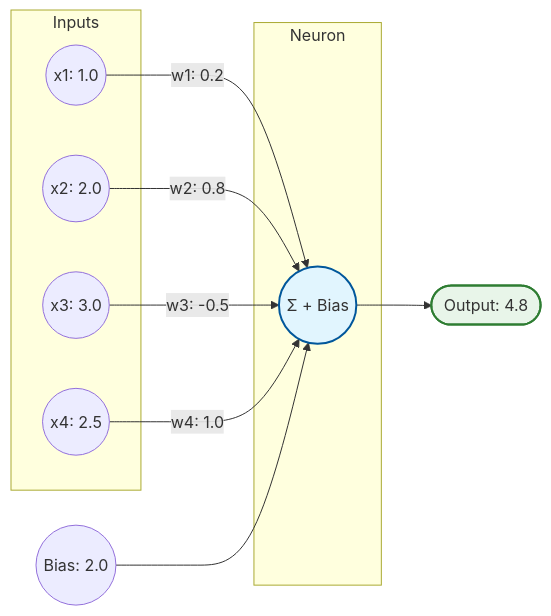
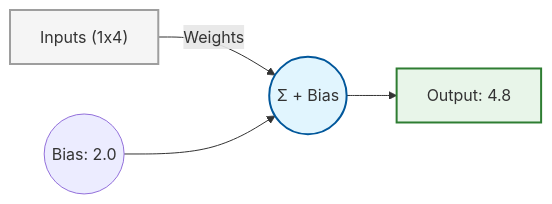
Before and after one commit to holycompile/Neural_Networks_from-_Scratch: the first of 8 diagrams in README.md, drawn with Mermaid. The commit also changed other lines of this file, not shown here.

````diff
--- a/README.md
+++ b/README.md
@@ -39,23 +39,10 @@
 ```mermaid
 graph LR
-    subgraph Inputs
-        X1((x1: 1.0))
-        X2((x2: 2.0))
-        X3((x3: 3.0))
-        X4((x4: 2.5))
-    end
+    X["Inputs (1x4)"] -->|Weights| N(("Σ + Bias"))
+    Bias(("Bias: 2.0")) --> N
+    N --> Out["Output: 4.8"]
 
-    subgraph Neuron
-        N((Σ + Bias))
-    end
-
-    X1 -->|w1: 0.2| N
-    X2 -->|w2: 0.8| N
-    X3 -->|w3: -0.5| N
-    X4 -->|w4: 1.0| N
-    Bias((Bias: 2.0)) --> N
-    N --> Output([Output: 4.8])
-
+    style X fill:#f5f5f5,stroke:#9e9e9e,stroke-width:2px;
     style N fill:#e1f5fe,stroke:#01579b,stroke-width:2px;
-    style Output fill:#e8f5e9,stroke:#2e7d32,stroke-width:2px;
+    style Out fill:#e8f5e9,stroke:#2e7d32,stroke-width:2px;
 ```
````
